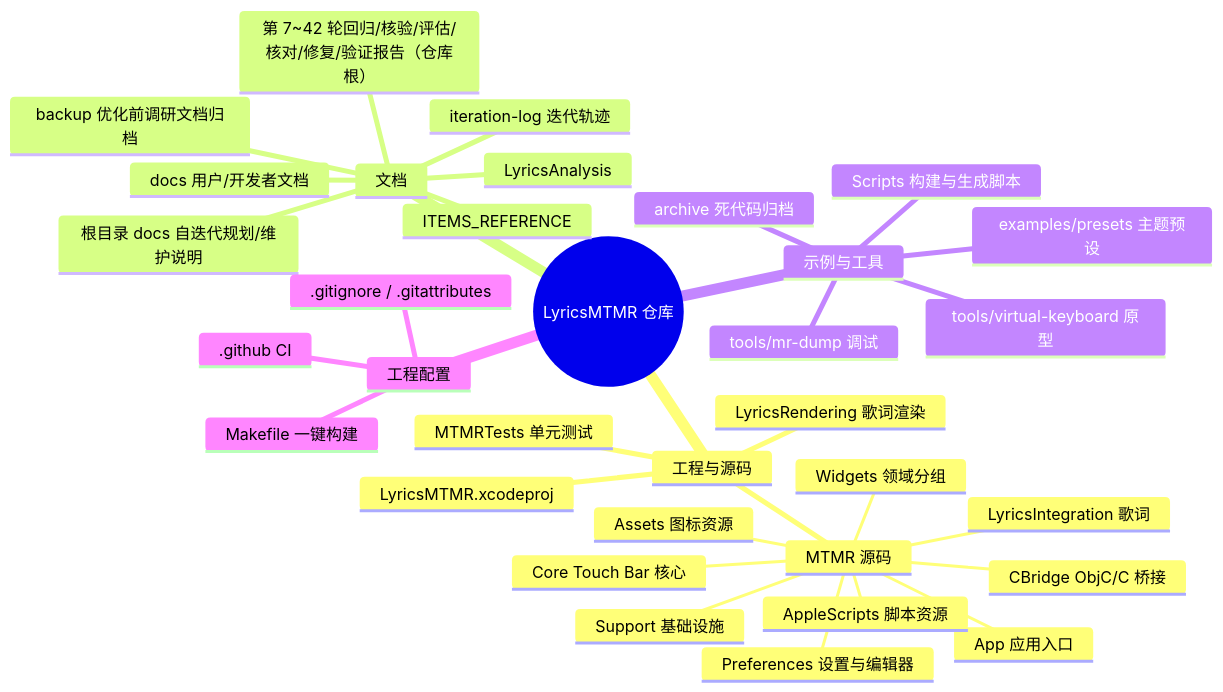
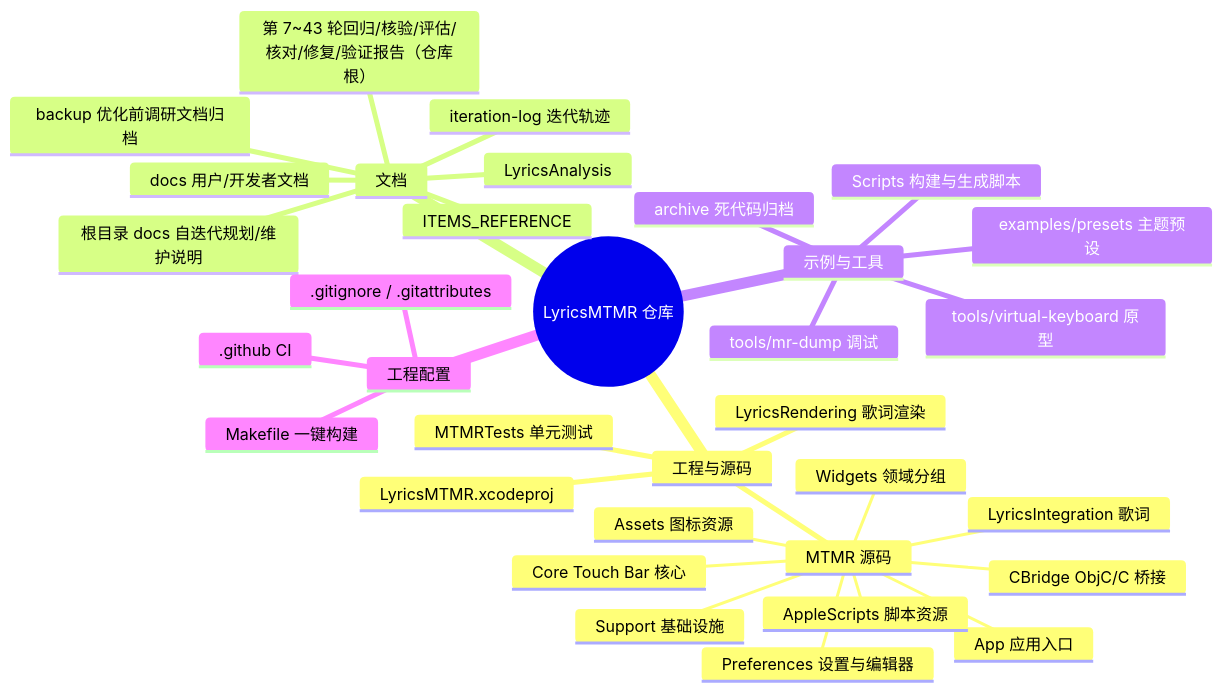
The first of 2 diagrams in LyricsMTMR/docs/file-structure.zh.md (Tangzishun-Li/LyricsMTMR), drawn with Mermaid before and after one commit. The commit also changed other lines of this file and 3 other files, not shown here.

````diff
--- a/LyricsMTMR/docs/file-structure.zh.md
+++ b/LyricsMTMR/docs/file-structure.zh.md
@@ -10,36 +10,36 @@
 ```mermaid
 mindmap
   root((LyricsMTMR 仓库))
     工程与源码
       LyricsMTMR.xcodeproj
       MTMR 源码
         App 应用入口
         Core Touch Bar 核心
         Support 基础设施
         Widgets 领域分组
         Preferences 设置与编辑器
         LyricsIntegration 歌词
         CBridge ObjC/C 桥接
         AppleScripts 脚本资源
         Assets 图标资源
       LyricsRendering 歌词渲染
       MTMRTests 单元测试
     文档
       docs 用户/开发者文档
       ITEMS_REFERENCE
       LyricsAnalysis
       backup 优化前调研文档归档
       iteration-log 迭代轨迹
       根目录 docs 自迭代规划/维护说明
-      第 7~42 轮回归/核验/评估/核对/修复/验证报告（仓库根）
+      第 7~43 轮回归/核验/评估/核对/修复/验证报告（仓库根）
     示例与工具
       examples/presets 主题预设
       tools/mr-dump 调试
       tools/virtual-keyboard 原型
       Scripts 构建与生成脚本
       archive 死代码归档
     工程配置
       .github CI
       .gitignore / .gitattributes
       Makefile 一键构建
 ```
````
